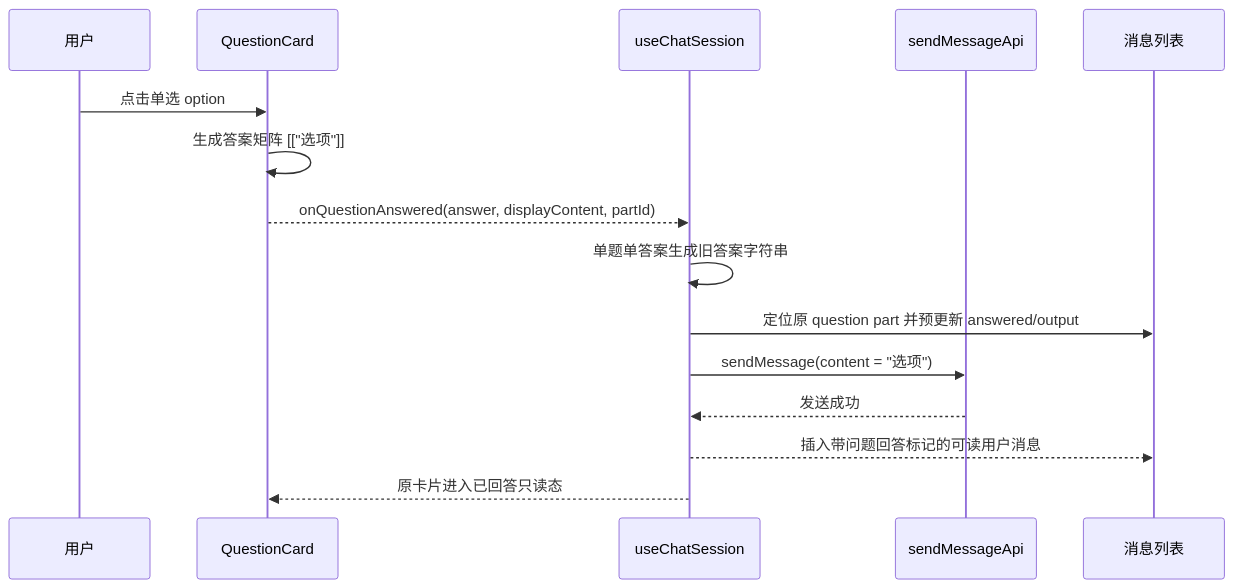
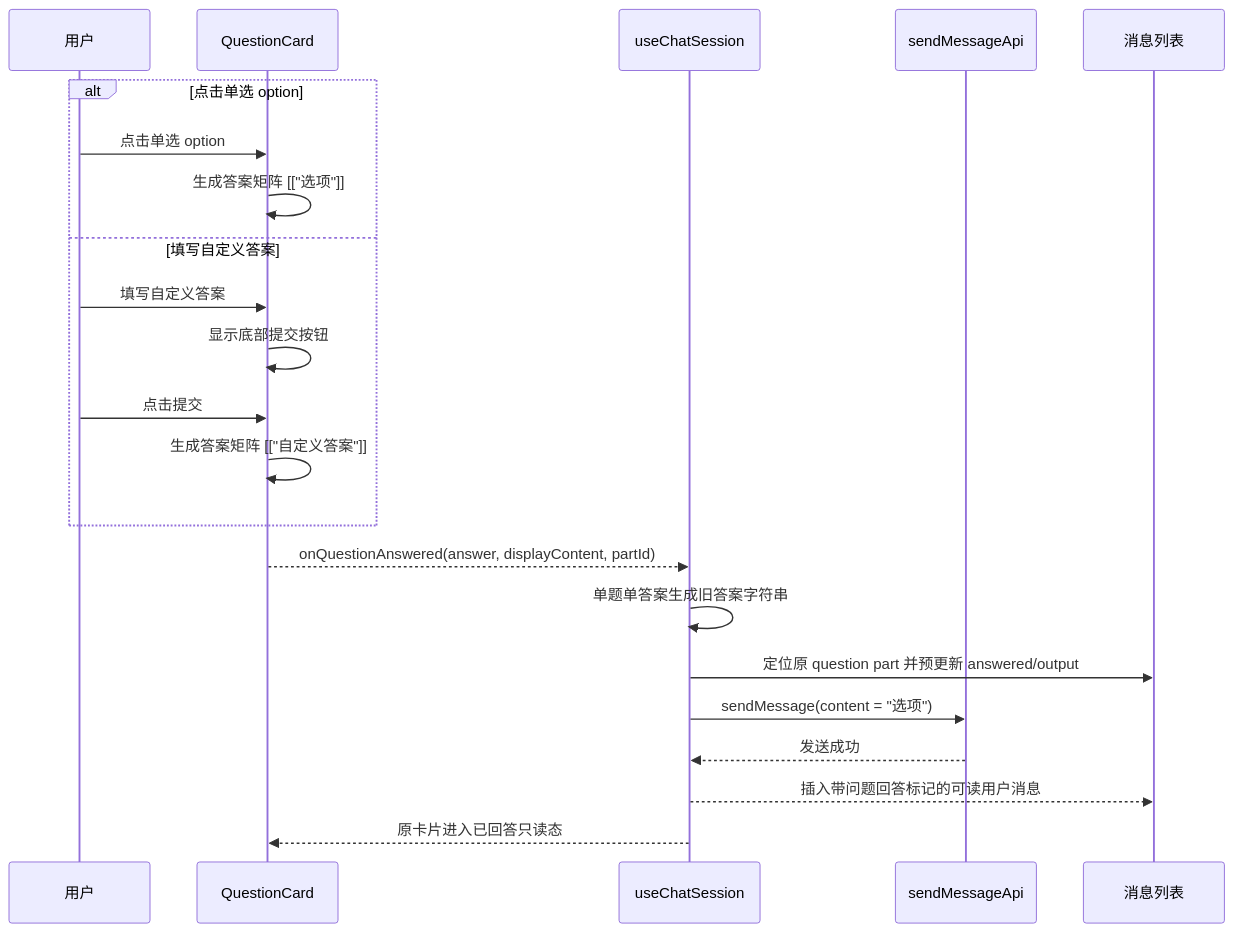
One commit to Abelsjcheng/skillSDK changed the third of 4 diagrams in ai-chat-viewer/docs/2026-06-12-question-card-multi-question-answer-design.md. Above: the diagram before and after it, drawn with Mermaid. The commit also changed other lines of this file and 6 other files, not shown here.

````diff
--- a/ai-chat-viewer/docs/2026-06-12-question-card-multi-question-answer-design.md
+++ b/ai-chat-viewer/docs/2026-06-12-question-card-multi-question-answer-design.md
@@ -101,18 +101,25 @@
 ```mermaid
 sequenceDiagram
     participant User as 用户
     participant Card as QuestionCard
     participant Chat as useChatSession
     participant API as sendMessageApi
     participant List as 消息列表
 
-    User->>Card: 点击单选 option
-    Card->>Card: 生成答案矩阵 [["选项"]]
+    alt 点击单选 option
+        User->>Card: 点击单选 option
+        Card->>Card: 生成答案矩阵 [["选项"]]
+    else 填写自定义答案
+        User->>Card: 填写自定义答案
+        Card->>Card: 显示底部提交按钮
+        User->>Card: 点击提交
+        Card->>Card: 生成答案矩阵 [["自定义答案"]]
+    end
     Card-->>Chat: onQuestionAnswered(answer, displayContent, partId)
     Chat->>Chat: 单题单答案生成旧答案字符串
     Chat->>List: 定位原 question part 并预更新 answered/output
     Chat->>API: sendMessage(content = "选项")
     API-->>Chat: 发送成功
     Chat-->>List: 插入带问题回答标记的可读用户消息
     Chat-->>Card: 原卡片进入已回答只读态
 ```
````
